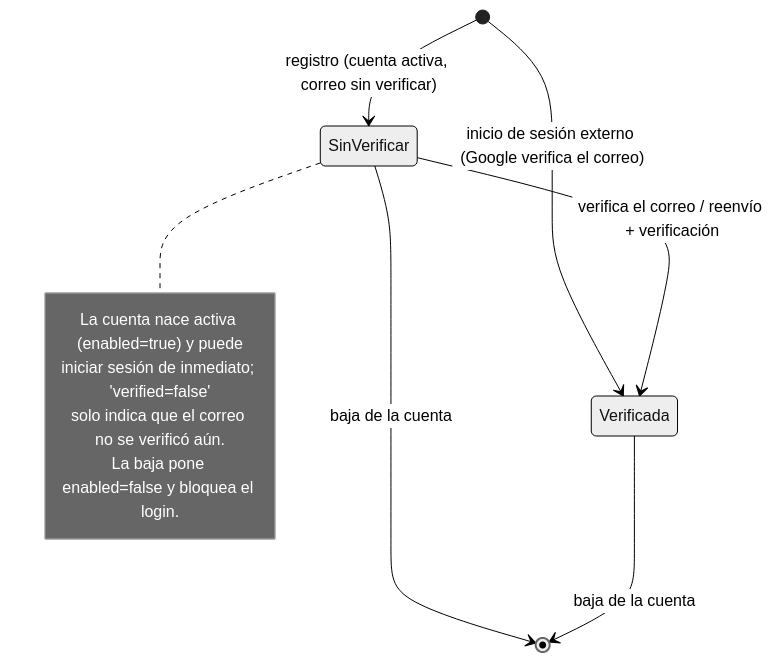
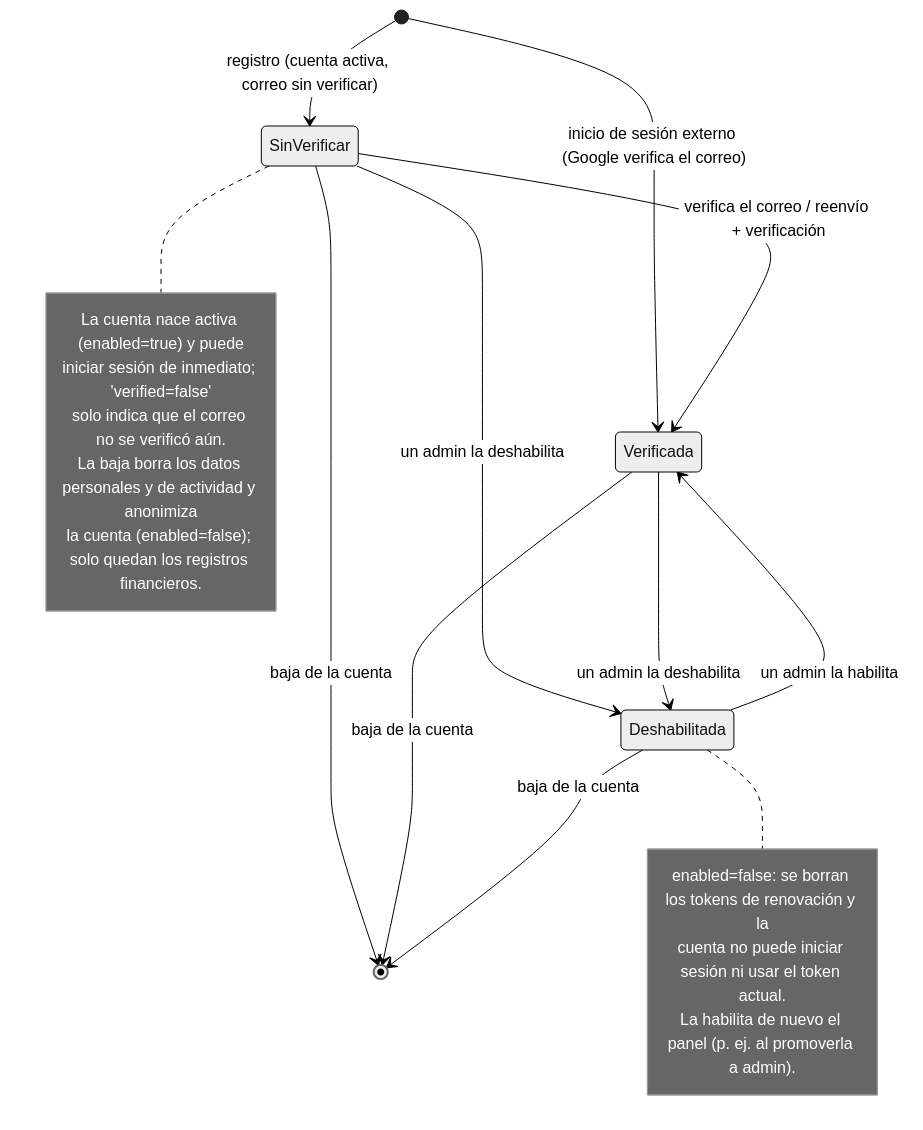
Before and after one commit to signasource/signa-api: the first of 17 diagrams in docs/diagrams/state.md, drawn with Mermaid (neutral theme). The commit also changed other lines of this file and 4 other files, not shown here.

First line of the commit message:
docs: sync CLAUDE.md, README and diagrams with the current code

````diff
--- a/docs/diagrams/state.md
+++ b/docs/diagrams/state.md
@@ -7,14 +7,24 @@
 ```mermaid
 stateDiagram-v2
     [*] --> SinVerificar : registro (cuenta activa, correo sin verificar)
     [*] --> Verificada : inicio de sesión externo (Google verifica el correo)
     SinVerificar --> Verificada : verifica el correo / reenvío + verificación
+    SinVerificar --> Deshabilitada : un admin la deshabilita
+    Verificada --> Deshabilitada : un admin la deshabilita
+    Deshabilitada --> Verificada : un admin la habilita
     SinVerificar --> [*] : baja de la cuenta
     Verificada --> [*] : baja de la cuenta
+    Deshabilitada --> [*] : baja de la cuenta
+    note right of Deshabilitada
+        enabled=false: se borran los tokens de renovación y la
+        cuenta no puede iniciar sesión ni usar el token actual.
+        La habilita de nuevo el panel (p. ej. al promoverla a admin).
+    end note
     note right of SinVerificar
         La cuenta nace activa (enabled=true) y puede
         iniciar sesión de inmediato; 'verified=false'
         solo indica que el correo no se verificó aún.
-        La baja pone enabled=false y bloquea el login.
+        La baja borra los datos personales y de actividad y anonimiza
+        la cuenta (enabled=false); solo quedan los registros financieros.
     end note
 ```
````
